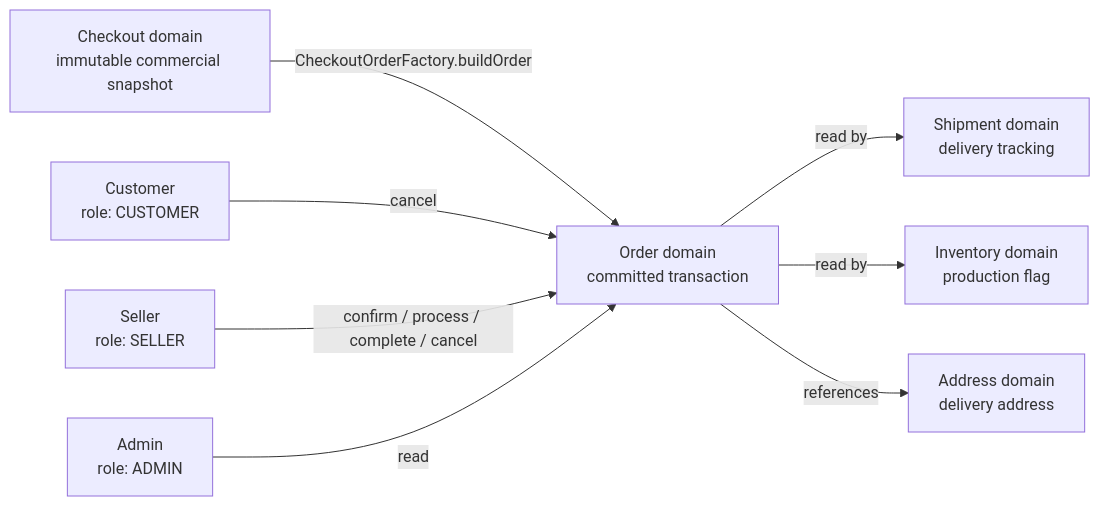
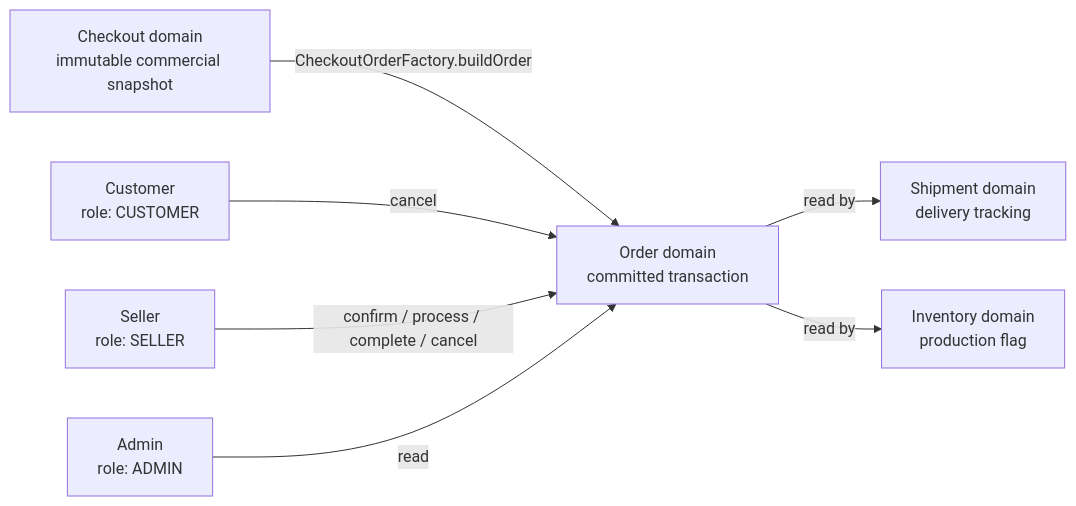
One commit to mohammadAlhajeen/bun_commerce-public changed the first of 5 diagrams in documentation/11-order-uml.md. Above: the diagram before and after it, drawn with Mermaid. The commit also changed other lines of this file and 29 other files, not shown here.

````diff
--- a/documentation/11-order-uml.md
+++ b/documentation/11-order-uml.md
@@ -5,11 +5,10 @@
 ```mermaid
 flowchart LR
     Checkout["Checkout domain\nimmutable commercial snapshot"] -->|CheckoutOrderFactory.buildOrder| Order["Order domain\ncommitted transaction"]
     Order -->|read by| Shipment["Shipment domain\ndelivery tracking"]
     Order -->|read by| Inventory["Inventory domain\nproduction flag"]
-    Order -->|references| Address["Address domain\ndelivery address"]
 
     Customer["Customer\nrole: CUSTOMER"] -->|cancel| Order
     Seller["Seller\nrole: SELLER"] -->|confirm / process / complete / cancel| Order
     Admin["Admin\nrole: ADMIN"] -->|read| Order
 ```
````
